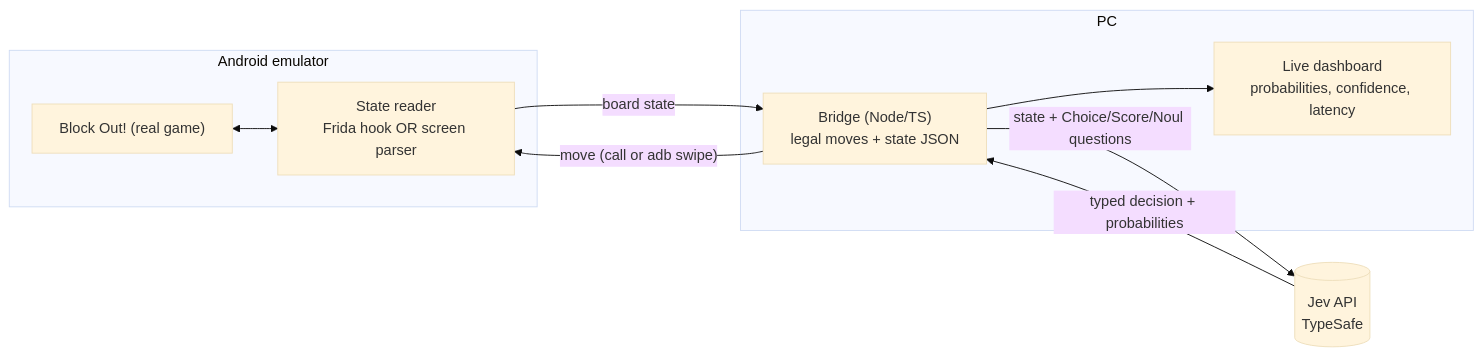
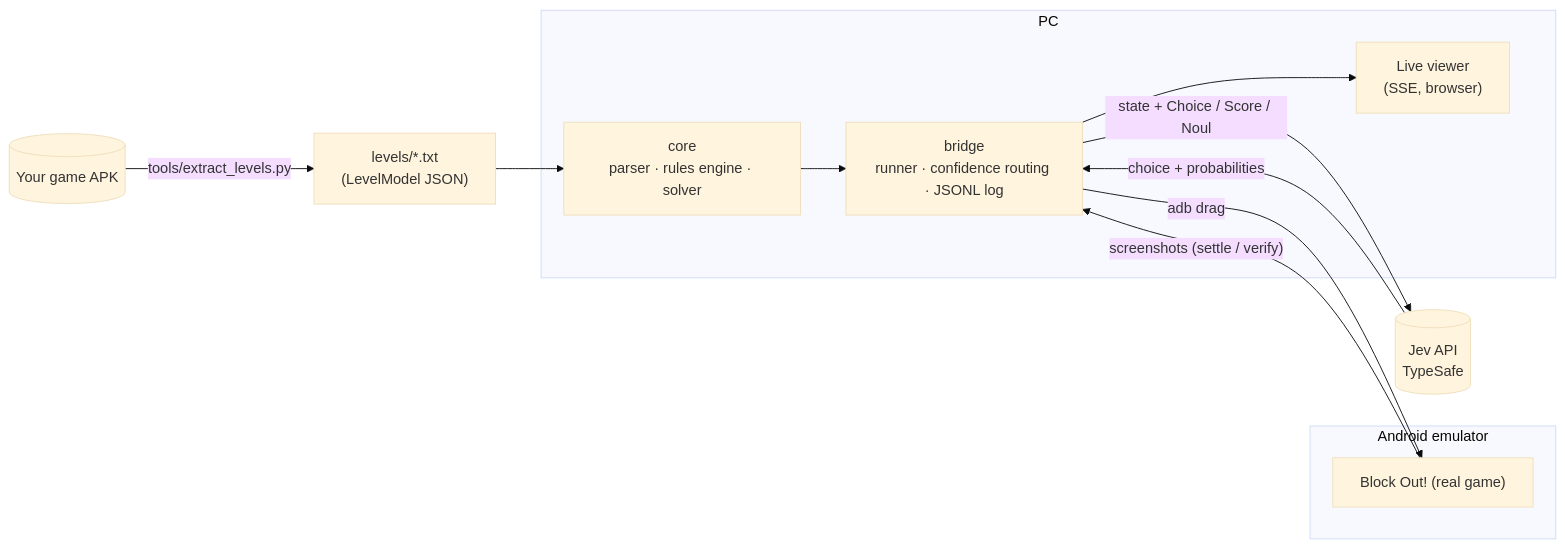
One commit to mrinal-rangers/JEV-block-out changed the diagram in README.md. Above: the diagram before and after it, drawn with Mermaid (base theme). The commit also changed other lines of this file and 37 other files, not shown here.

First line of the commit message:
M1-M3: core engine + solver, Jev bridge, live viewer, docs

````diff
--- a/README.md
+++ b/README.md
@@ -17,18 +21,19 @@
 ```mermaid
 flowchart LR
+    APK[("Your game APK")] -- "tools/extract_levels.py" --> LV["levels/*.txt<br/>(LevelModel JSON)"]
+    subgraph PC["PC"]
+        CORE["core<br/>parser · rules engine · solver"]
+        BRIDGE["bridge<br/>runner · confidence routing · JSONL log"]
+        VIEW["Live viewer<br/>(SSE, browser)"]
+    end
     subgraph EMU["Android emulator"]
         GAME["Block Out! (real game)"]
-        HOOK["State reader<br/>Frida hook OR screen parser"]
-        GAME <--> HOOK
-    end
-    subgraph PC["PC"]
-        BRIDGE["Bridge (Node/TS)<br/>legal moves + state JSON"]
-        DASH["Live dashboard<br/>probabilities, confidence, latency"]
     end
     JEV[("Jev API<br/>TypeSafe")]
-    HOOK -- "board state" --> BRIDGE
-    BRIDGE -- "state + Choice/Score/Noul questions" --> JEV
-    JEV -- "typed decision + probabilities" --> BRIDGE
-    BRIDGE -- "move (call or adb swipe)" --> HOOK
-    BRIDGE --> DASH
+    LV --> CORE --> BRIDGE
+    BRIDGE -- "state + Choice / Score / Noul" --> JEV
+    JEV -- "choice + probabilities" --> BRIDGE
+    BRIDGE -- "adb drag" --> GAME
+    GAME -- "screenshots (settle / verify)" --> BRIDGE
+    BRIDGE --> VIEW
 ```
````
